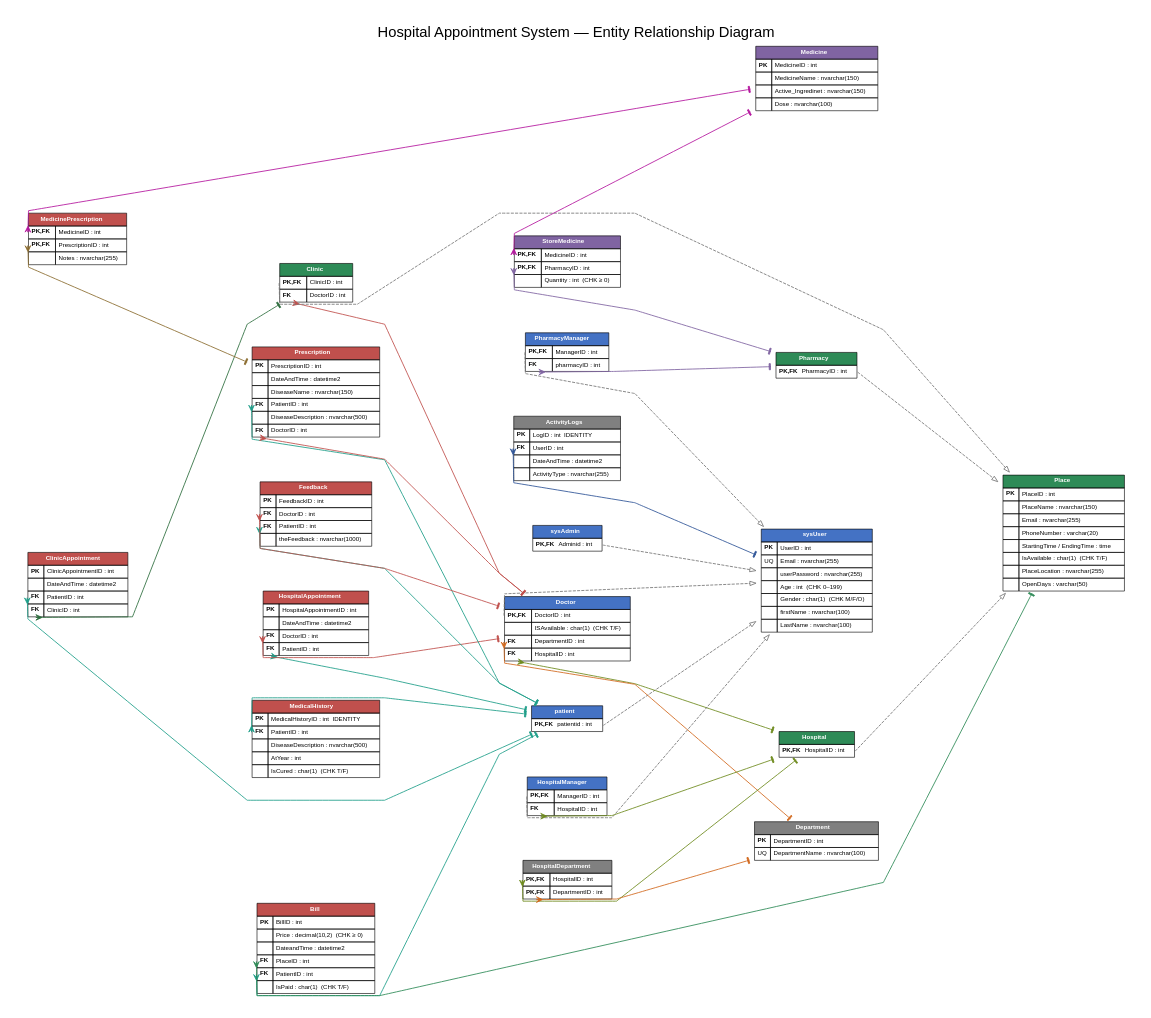
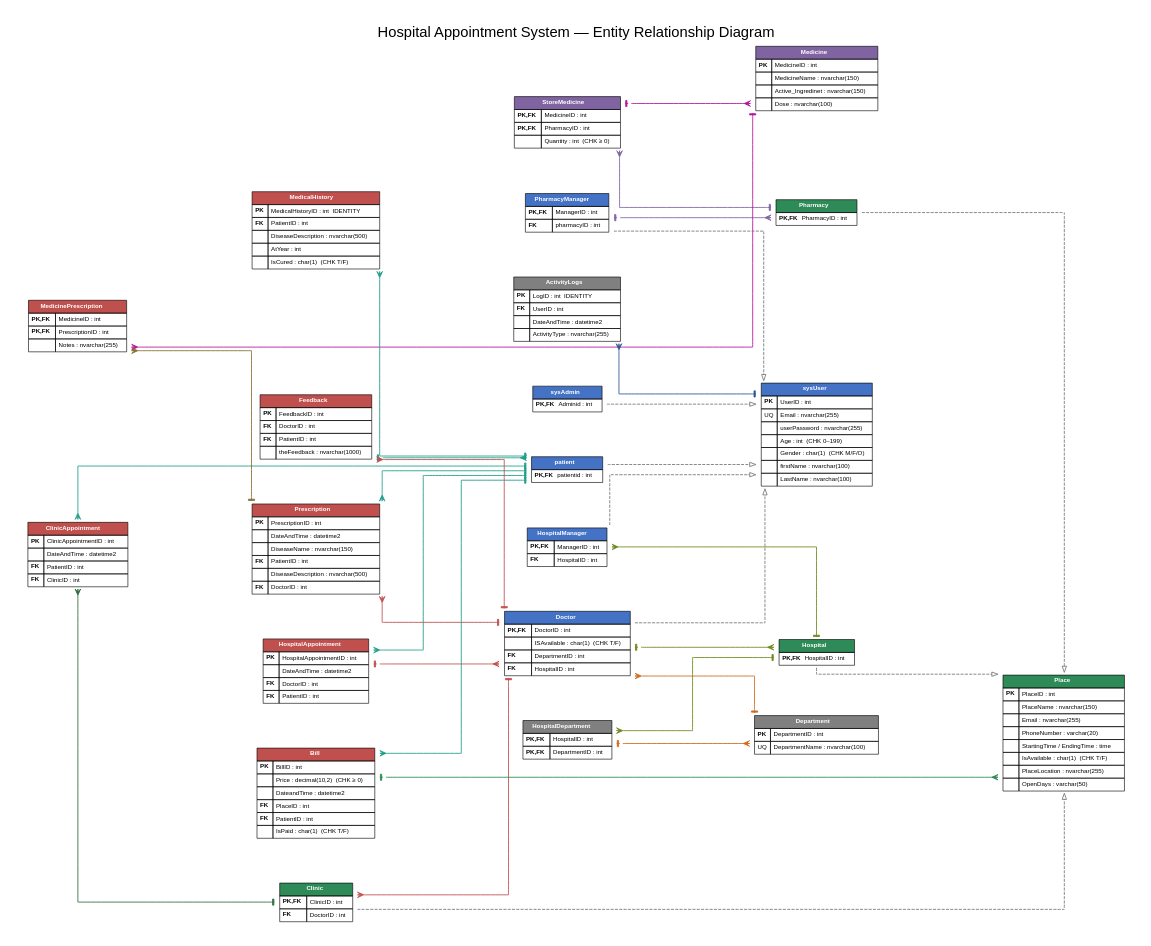
One commit to asermohamed1/cmp-2020-database-project-Hospital-Appointment-system- changed the diagram in database/er_diagram.dot. Above: the diagram before and after it, drawn with Graphviz. The commit also changed 1 other file, not shown here.

Commit message:
Align ER diagram connectors flush to tables
Switch to orthogonal (right-angle) routing and connect relationships
table-to-table instead of to individual cell ports, so arrowheads meet the
box borders square-on instead of stabbing into rows at an angle. Keeps the
per-parent colour coding, crow's-foot (one/many) and ISA generalization arrows.

```diff
--- a/database/er_diagram.dot
+++ b/database/er_diagram.dot
@@ -7,7 +7,7 @@
 //   Dashed edges = identifying 1:1 ISA / sub-type relationships
 
 digraph HospitalAppointmentSystem {
-    graph [rankdir=LR, splines=polyline, nodesep=0.9, ranksep=2.6, bgcolor="white",
+    graph [rankdir=LR, splines=ortho, nodesep=0.9, ranksep=2.6, bgcolor="white",
            fontname="Helvetica", overlap=false, concentrate=false, pad=0.4,
            label="Hospital Appointment System — Entity Relationship Diagram",
            labelloc="t", fontsize=24];
@@ -212,74 +212,73 @@
 
     /* ===================== ISA / sub-type (UML generalization) =============
        Read as "is-a": the open triangle points to the super-type.
-       Each colour family below traces every foreign key to one parent table,
-       so a relationship can be followed end-to-end by colour. */
+       Edges connect table-to-table so the router lands them flush on the box
+       borders (no angled stabs into individual cells); foreign keys are
+       colour-coded by parent so each can be followed end-to-end. */
     edge [style=dashed, color="#777777", arrowtail=none, arrowhead=onormal, penwidth=1.4];
-    patient:pk         -> sysUser;
-    Doctor:pk          -> sysUser;
-    sysAdmin:pk        -> sysUser;
-    HospitalManager:pk -> sysUser;
-    PharmacyManager:pk -> sysUser;
-    Hospital:pk        -> Place;
-    Pharmacy:pk        -> Place;
-    Clinic:pk          -> Place;
+    patient         -> sysUser;
+    Doctor          -> sysUser;
+    sysAdmin        -> sysUser;
+    HospitalManager -> sysUser;
+    PharmacyManager -> sysUser;
+    Hospital        -> Place;
+    Pharmacy        -> Place;
+    Clinic          -> Place;
 
     /* ===================== Foreign keys (one : many) =======================
-       Crow's foot: crow (<) = "many" at the child, tee (|) = "one" at parent.
-       The child side keeps its column port; the parent side attaches to the
-       table so the layout engine can route to the nearest edge. */
+       Crow's foot: crow (<) = "many" at the child, tee (|) = "one" at parent. */
     edge [style=solid, arrowtail=crow, arrowhead=tee];
 
     // -> sysUser  (blue)
     edge [color="#2F5597"];
-    ActivityLogs:usr        -> sysUser;
+    ActivityLogs        -> sysUser;
 
     // -> patient  (teal)
     edge [color="#1F9E89"];
-    HospitalAppointment:pat -> patient;
-    ClinicAppointment:pat   -> patient;
-    Prescription:pat        -> patient;
-    MedicalHistory:pat      -> patient;
-    Feedback:pat            -> patient;
-    Bill:pat                -> patient;
+    HospitalAppointment -> patient;
+    ClinicAppointment   -> patient;
+    Prescription        -> patient;
+    MedicalHistory      -> patient;
+    Feedback            -> patient;
+    Bill                -> patient;
 
     // -> Doctor  (red)
     edge [color="#C0504D"];
-    Clinic:doc              -> Doctor;
-    HospitalAppointment:doc -> Doctor;
-    Prescription:doc        -> Doctor;
-    Feedback:doc            -> Doctor;
+    Clinic              -> Doctor;
+    HospitalAppointment -> Doctor;
+    Prescription        -> Doctor;
+    Feedback            -> Doctor;
 
     // -> Place  (green)
     edge [color="#2E8B57"];
-    Bill:pla                -> Place;
+    Bill                -> Place;
 
     // -> Hospital  (olive)
     edge [color="#6E8B1E"];
-    Doctor:hos              -> Hospital;
-    HospitalManager:hos     -> Hospital;
-    HospitalDepartment:hos  -> Hospital;
+    Doctor              -> Hospital;
+    HospitalManager     -> Hospital;
+    HospitalDepartment  -> Hospital;
 
     // -> Pharmacy  (purple)
     edge [color="#8064A2"];
-    PharmacyManager:ph      -> Pharmacy;
-    StoreMedicine:ph        -> Pharmacy;
+    PharmacyManager     -> Pharmacy;
+    StoreMedicine       -> Pharmacy;
 
     // -> Department  (orange)
     edge [color="#D2691E"];
-    Doctor:dep              -> Department;
-    HospitalDepartment:dep  -> Department;
+    Doctor              -> Department;
+    HospitalDepartment  -> Department;
 
     // -> Medicine  (magenta)
     edge [color="#B5179E"];
-    StoreMedicine:med        -> Medicine;
-    MedicinePrescription:med -> Medicine;
+    StoreMedicine        -> Medicine;
+    MedicinePrescription -> Medicine;
 
     // -> Prescription  (brown)
     edge [color="#8C6D31"];
-    MedicinePrescription:pre -> Prescription;
+    MedicinePrescription -> Prescription;
 
     // -> Clinic  (dark green)
     edge [color="#2E6E3F"];
-    ClinicAppointment:cli   -> Clinic;
+    ClinicAppointment   -> Clinic;
 }
```
